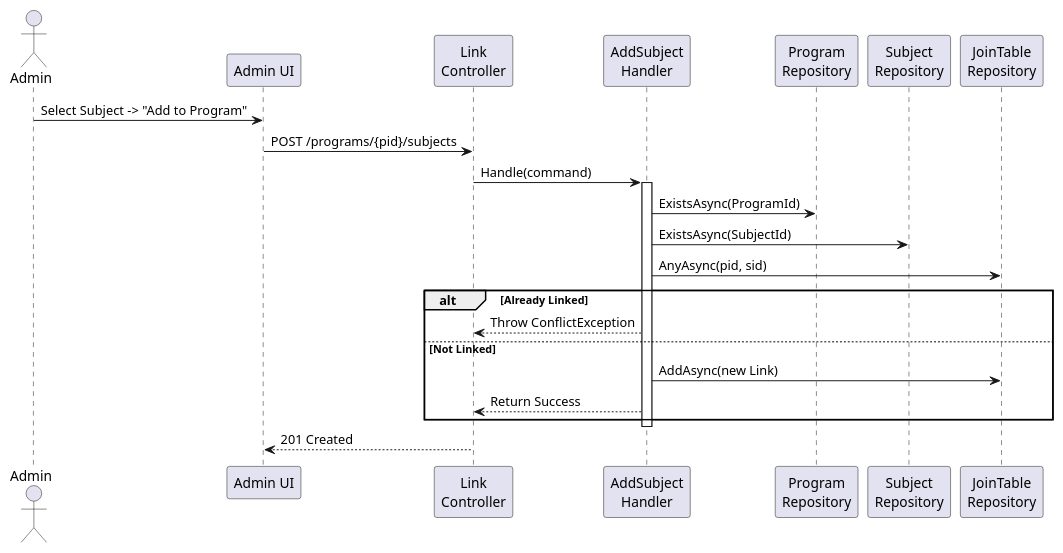
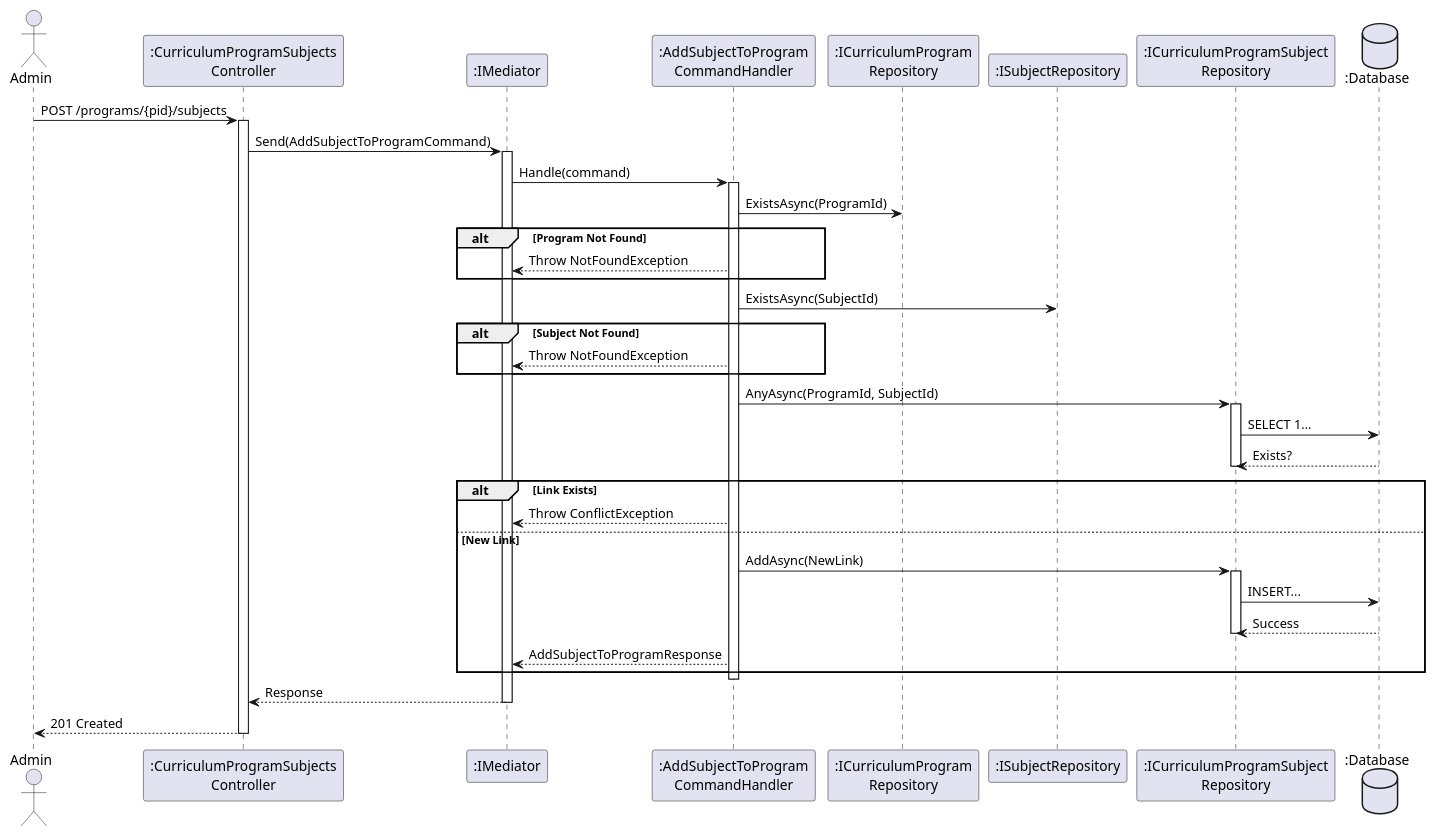
The diagram in docs/srs/diagrams/sequence-diagram/admin-curriculum-program/link-subject-program-seq.puml (FA25SE050-RogueLearn/RogueLearn.BMAD.Documentation), drawn with PlantUML before and after one commit. The commit also changed other lines of this file and 21 other files, not shown here.

```diff
--- a/docs/srs/diagrams/sequence-diagram/admin-curriculum-program/link-subject-program-seq.puml
+++ b/docs/srs/diagrams/sequence-diagram/admin-curriculum-program/link-subject-program-seq.puml
@@ -2,29 +1,57 @@
 @startuml
 actor Admin
-participant "Admin UI" as UI
-participant "Link\nController" as Controller
-participant "AddSubject\nHandler" as Handler
-participant "Program\nRepository" as ProgDB
-participant "Subject\nRepository" as SubDB
-participant "JoinTable\nRepository" as JoinDB
+participant ":CurriculumProgramSubjects\nController" as Controller
+participant ":IMediator" as Med
+participant ":AddSubjectToProgram\nCommandHandler" as Handler
+participant ":ICurriculumProgram\nRepository" as ProgRepo
+participant ":ISubjectRepository" as SubRepo
+participant ":ICurriculumProgramSubject\nRepository" as LinkRepo
+database ":Database" as DB
 
-Admin -> UI : Select Subject -> "Add to Program"
-UI -> Controller : POST /programs/{pid}/subjects
-Controller -> Handler : Handle(command)
+Admin -> Controller : POST /programs/{pid}/subjects
+activate Controller
 
+Controller -> Med : Send(AddSubjectToProgramCommand)
+activate Med
+
+Med -> Handler : Handle(command)
 activate Handler
-    Handler -> ProgDB : ExistsAsync(ProgramId)
-    Handler -> SubDB : ExistsAsync(SubjectId)
+
+' 1. Validate Parents
+Handler -> ProgRepo : ExistsAsync(ProgramId)
+alt Program Not Found
+    Handler --> Med : Throw NotFoundException
+end
+
+Handler -> SubRepo : ExistsAsync(SubjectId)
+alt Subject Not Found
+    Handler --> Med : Throw NotFoundException
+end
+
+' 2. Check Existing Link
+Handler -> LinkRepo : AnyAsync(ProgramId, SubjectId)
+activate LinkRepo
+LinkRepo -> DB : SELECT 1...
+DB --> LinkRepo : Exists?
+deactivate LinkRepo
+
+alt Link Exists
+    Handler --> Med : Throw ConflictException
+else New Link
+    ' 3. Create Link
+    Handler -> LinkRepo : AddAsync(NewLink)
+    activate LinkRepo
+    LinkRepo -> DB : INSERT...
+    DB --> LinkRepo : Success
+    deactivate LinkRepo
     
-    Handler -> JoinDB : AnyAsync(pid, sid)
-    
-    alt Already Linked
-        Handler --> Controller : Throw ConflictException
-    else Not Linked
-        Handler -> JoinDB : AddAsync(new Link)
-        Handler --> Controller : Return Success
-    end
+    Handler --> Med : AddSubjectToProgramResponse
+end
+
 deactivate Handler
+Med --> Controller : Response
+deactivate Med
 
-Controller --> UI : 201 Created
+Controller --> Admin : 201 Created
+deactivate Controller
 @enduml
```
